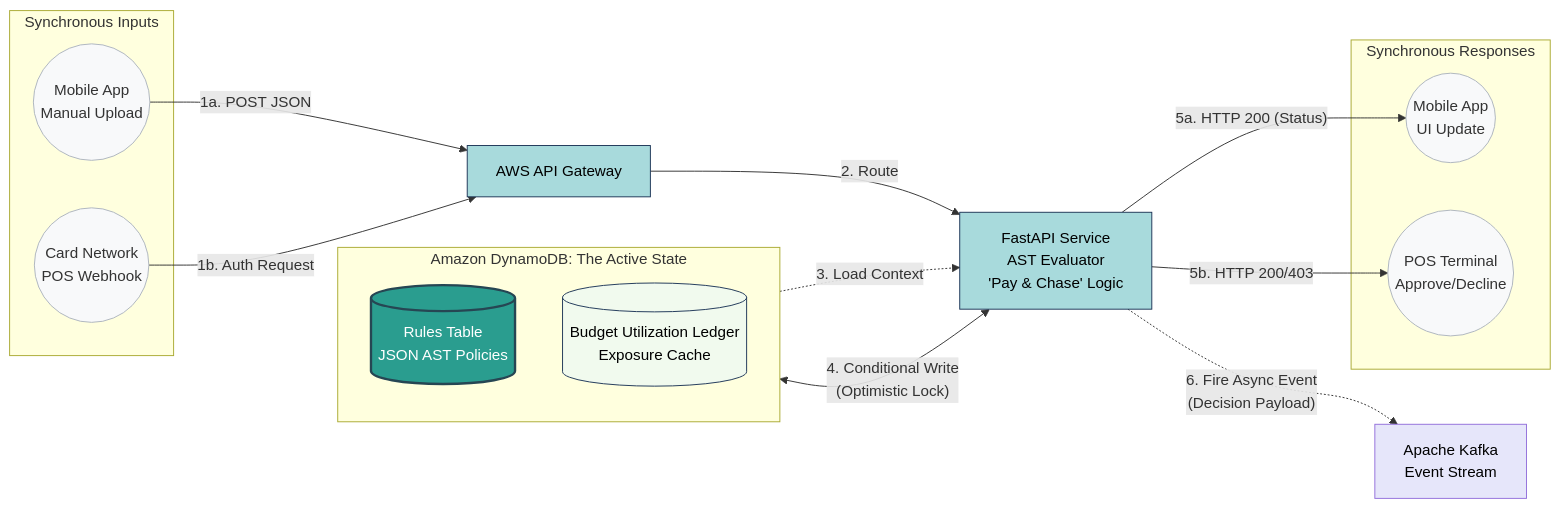
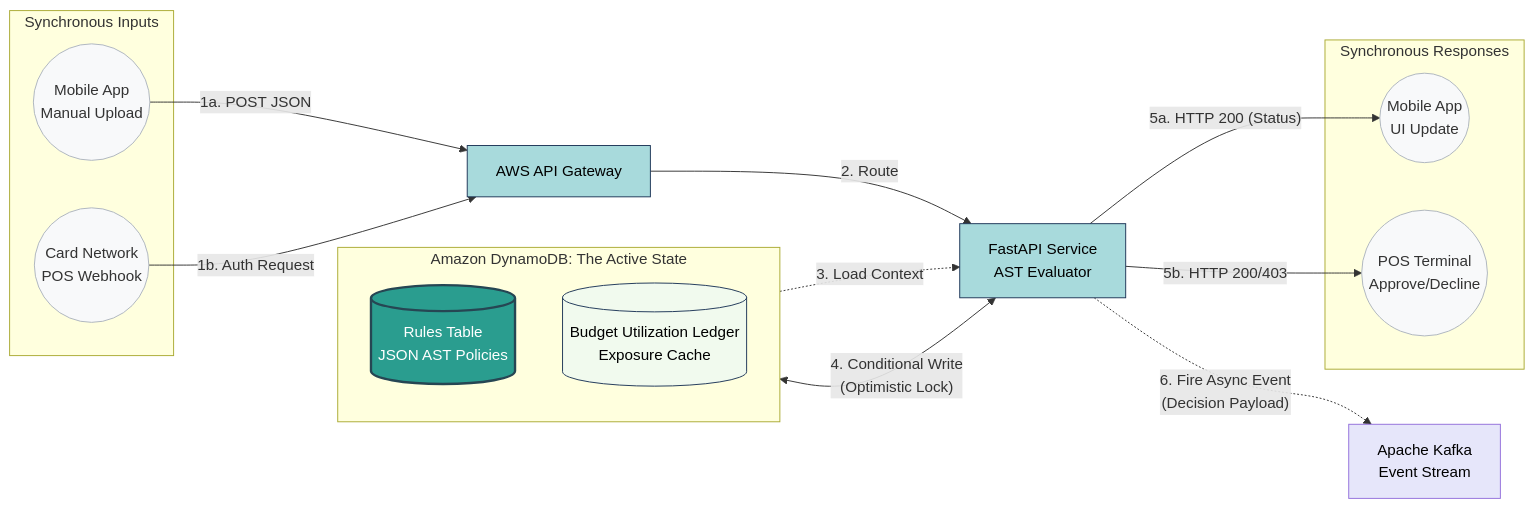
The third of 4 diagrams in docs/hld/system-design-diagrams.md (MadhavRao160/ruleEngine), drawn with Mermaid before and after one commit. The commit also changed 2 other files, not shown here.

Commit message:
initialize repository structure and architecture blueprints

````diff
--- a/docs/hld/system-design-diagrams.md
+++ b/docs/hld/system-design-diagrams.md
@@ -134,72 +134,72 @@
 ```mermaid
 graph LR
     %% ==========================================
     %% 1. STYLE DEFINITIONS
     %% ==========================================
     classDef compute fill:#a8dadc,stroke:#1d3557,stroke-width:1px,color:#000;
     classDef database fill:#f1faee,stroke:#1d3557,stroke-width:1px,color:#000;
     classDef core fill:#2a9d8f,stroke:#264653,stroke-width:2.5px,color:#fff;
     classDef stream fill:#e6e6fa,stroke:#9370DB,stroke-width:1px,color:#000;
     classDef external fill:#f8f9fa,stroke:#adb5bd,stroke-width:1px,color:#333;
 
     %% ==========================================
     %% 2. SYMMETRICAL PIPELINE (Left to Right)
     %% ==========================================
     
     subgraph Clients_In [Synchronous Inputs]
         Mobile_In((Mobile App <br> Manual Upload))
         CardNet_In((Card Network <br> POS Webhook))
     end
     class Mobile_In,CardNet_In external;
 
     API[AWS API Gateway]
     class API compute;
 
-    FA[FastAPI Service <br> AST Evaluator <br> 'Pay & Chase' Logic]
+    FA[FastAPI Service <br> AST Evaluator]
     class FA compute;
 
     subgraph Clients_Out [Synchronous Responses]
         Mobile_Out((Mobile App <br> UI Update))
         CardNet_Out((POS Terminal <br> Approve/Decline))
     end
     class Mobile_Out,CardNet_Out external;
 
     %% Main Request-Response Spine
     Mobile_In -->|1a. POST JSON| API
     CardNet_In -->|1b. Auth Request| API
     API -->|2. Route| FA
     
     FA -->|"5a. HTTP 200 (Status)"| Mobile_Out
     FA -->|5b. HTTP 200/403| CardNet_Out
 
     %% ==========================================
     %% 3. THE SHARED CORE (Vertical Axis)
     %% ==========================================
     
     subgraph DynamoDB [Amazon DynamoDB: The Active State]
         direction TB
         DSL[(Rules Table <br> JSON AST Policies)]
         State[(Budget Utilization Ledger <br> Exposure Cache)]
     end
     class State database;
     class DSL core;
 
     %% Database Interactions (Hanging vertically off FastAPI)
     DSL -.->|3. Load Context| FA
     FA <-->|"4. Conditional Write <br> (Optimistic Lock)"| State
 
     %% ==========================================
     %% 4. ASYNC OUTPUT (Off-axis)
     %% ==========================================
     
     Kafka[Apache Kafka <br> Event Stream]
     class Kafka stream;
 
     FA -.->|"6. Fire Async Event <br> (Decision Payload)"| Kafka
 
     %% ==========================================
     %% 5. LAYOUT TWEAKS (Invisible Symmetry)
     %% ==========================================
     %% Force Kafka to stay to the right of the DB block
     DynamoDB ~~~ Kafka
 ```
````
